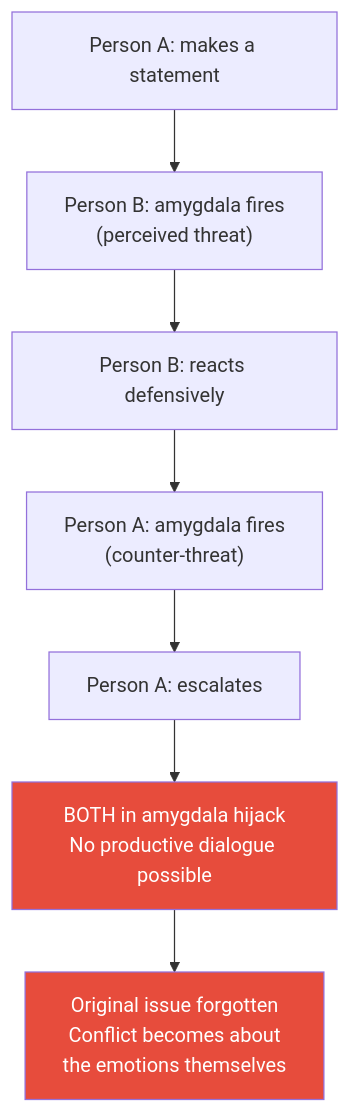
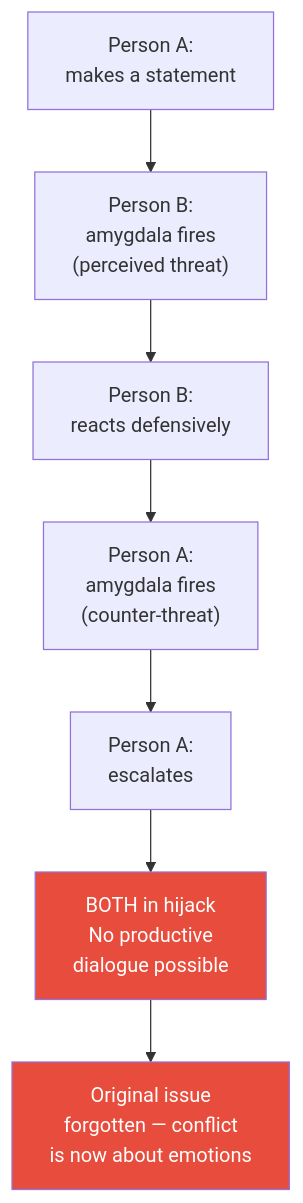
One commit to alius33/reader changed the sixth of 8 diagrams in summaries/Psychology & Decision Making/Emotional Intelligence - Daniel Goleman.md. Above: the diagram before and after it, drawn with Mermaid. The commit also changed other lines of this file and 272 other files, not shown here.

````diff
--- a/summaries/Psychology & Decision Making/Emotional Intelligence - Daniel Goleman.md
+++ b/summaries/Psychology & Decision Making/Emotional Intelligence - Daniel Goleman.md
@@ -760,11 +1332,11 @@
 ```mermaid
 flowchart TD
-    A["Person A: makes a statement"] --> B["Person B: amygdala fires\n(perceived threat)"]
-    B --> C["Person B: reacts defensively"]
-    C --> D["Person A: amygdala fires\n(counter-threat)"]
-    D --> E["Person A: escalates"]
-    E --> F["BOTH in amygdala hijack\nNo productive dialogue possible"]
-    F --> G["Original issue forgotten\nConflict becomes about\nthe emotions themselves"]
+    A["Person A:<br>makes a statement"] --> B["Person B:<br>amygdala fires<br>(perceived threat)"]
+    B --> C["Person B:<br>reacts defensively"]
+    C --> D["Person A:<br>amygdala fires<br>(counter-threat)"]
+    D --> E["Person A:<br>escalates"]
+    E --> F["BOTH in hijack<br>No productive<br>dialogue possible"]
+    F --> G["Original issue<br>forgotten — conflict<br>is now about emotions"]
     style F fill:#e74c3c,color:#fff
     style G fill:#e74c3c,color:#fff
 ```
````
